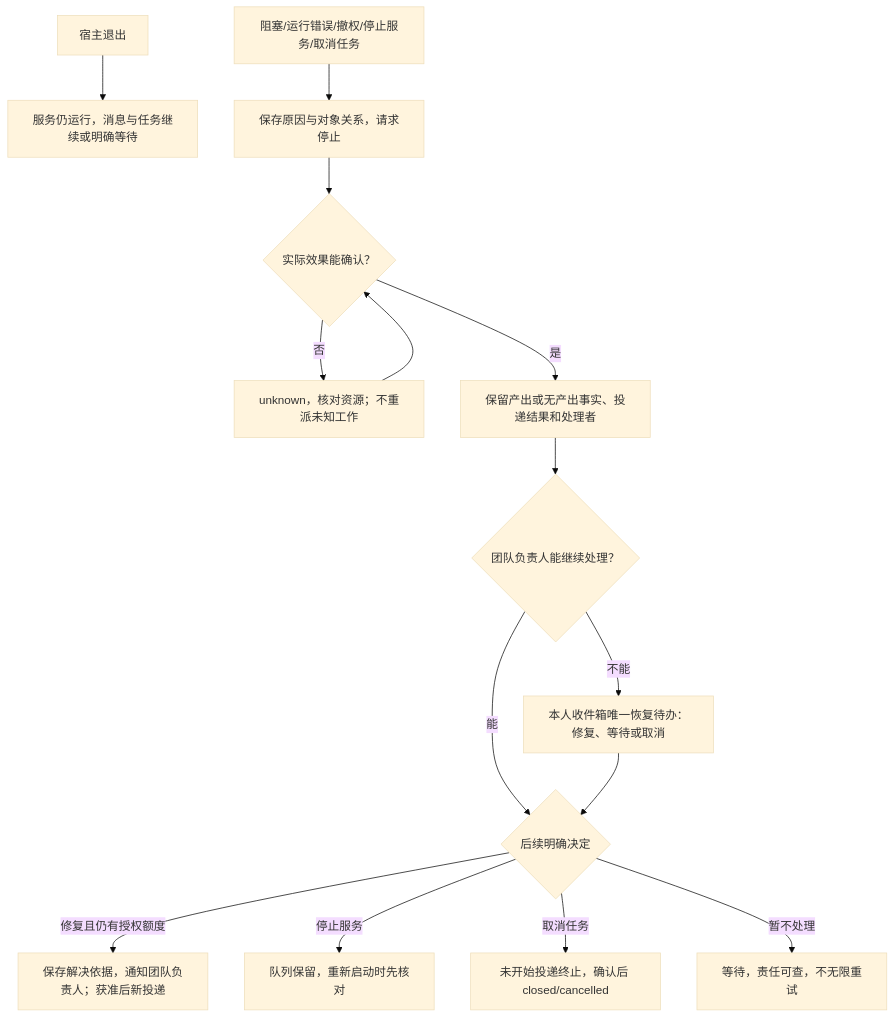
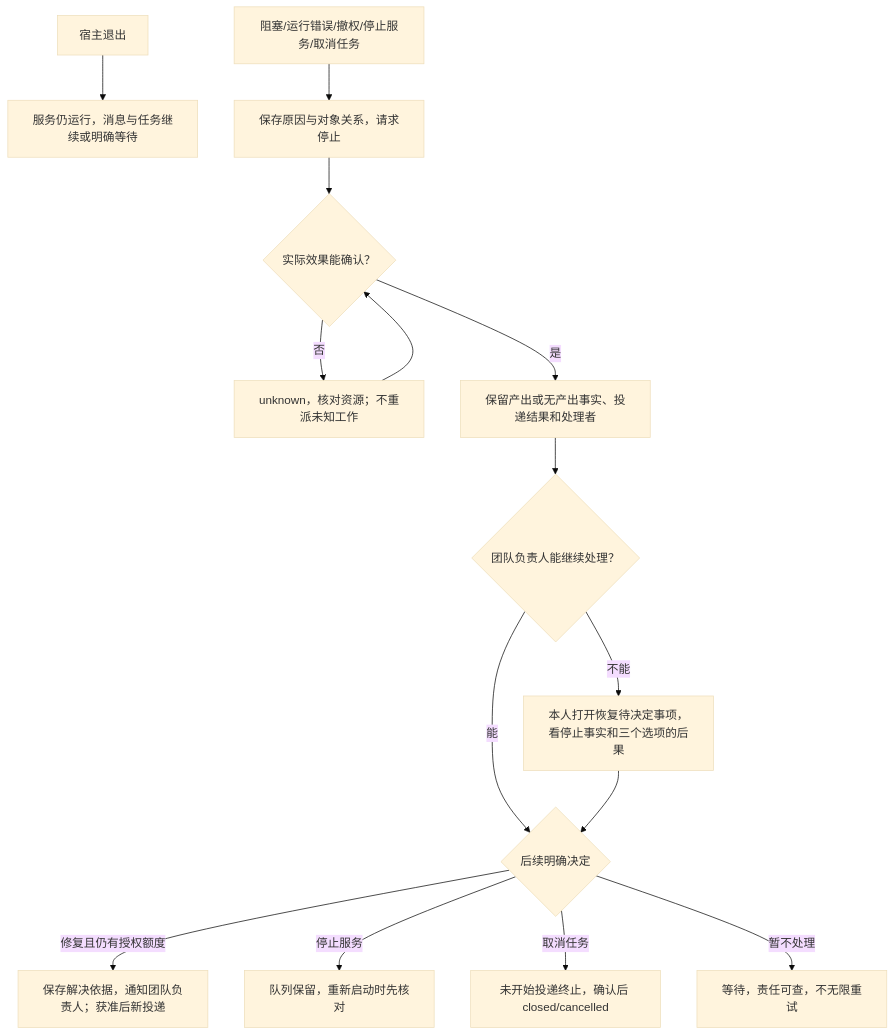
One commit to xforce-io/atelier changed the seventh of 8 diagrams in docs/design/1-first-team-delivery/product.md. Above: the diagram before and after it, drawn with Mermaid (base theme). The commit also changed other lines of this file and 9 other files, not shown here.

````diff
--- a/docs/design/1-first-team-delivery/product.md
+++ b/docs/design/1-first-team-delivery/product.md
@@ -266,17 +269,17 @@
 ```mermaid
 flowchart TD
     A[宿主退出] --> B[服务仍运行，消息与任务继续或明确等待]
     C[阻塞/运行错误/撤权/停止服务/取消任务] --> D[保存原因与对象关系，请求停止]
     D --> E{实际效果能确认？}
     E -->|否| F[unknown，核对资源；不重派未知工作]
     F --> E
     E -->|是| G[保留产出或无产出事实、投递结果和处理者]
     G --> N{团队负责人能继续处理？}
-    N -->|不能| M[本人收件箱唯一恢复待办：修复、等待或取消]
+    N -->|不能| M[本人打开恢复待决定事项，看停止事实和三个选项的后果]
     N -->|能| H{后续明确决定}
     M --> H
     H -->|修复且仍有授权额度| I[保存解决依据，通知团队负责人；获准后新投递]
     H -->|停止服务| J[队列保留，重新启动时先核对]
     H -->|取消任务| K[未开始投递终止，确认后 closed/cancelled]
     H -->|暂不处理| L[等待，责任可查，不无限重试]
 ```
````
